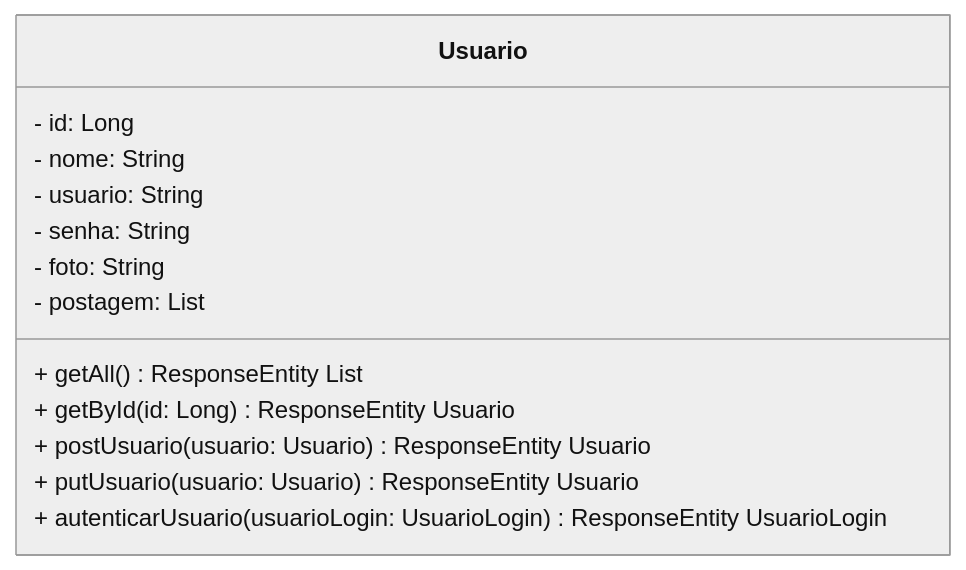
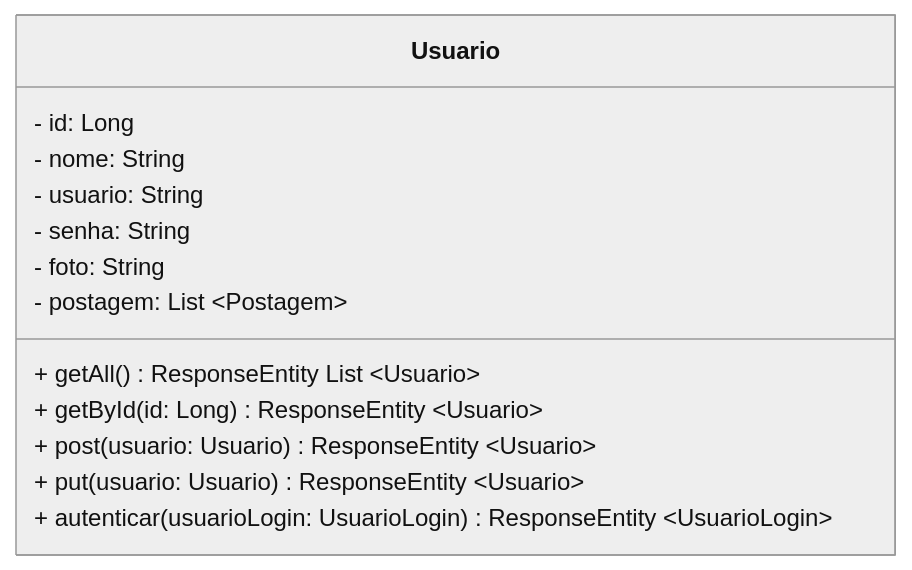
One commit to rafaelq80/cookbook_java_2025 changed the first of 6 diagrams in 04_spring/16.md. Above: the diagram before and after it, drawn with Mermaid (neutral theme). The commit also changed other lines of this file and 42 other files, not shown here.

````diff
--- a/04_spring/16.md
+++ b/04_spring/16.md
@@ -29,17 +29,17 @@
 ```mermaid
 classDiagram
     class Usuario {
         - id: Long
         - nome: String
         - usuario: String
         - senha: String
         - foto: String
-        - postagem: List<Postagem>
-        + getAll() ResponseEntity List
-        + getById(id: Long) ResponseEntity Usuario
-        + postUsuario(usuario: Usuario) ResponseEntity Usuario
-        + putUsuario(usuario: Usuario) ResponseEntity Usuario
-        + autenticarUsuario(usuarioLogin: UsuarioLogin) ResponseEntity UsuarioLogin
+        - postagem: List ~Postagem~
+        + getAll() ResponseEntity List ~Usuario~
+        + getById(id: Long) ResponseEntity ~Usuario~
+        + post(usuario: Usuario) ResponseEntity ~Usuario~
+        + put(usuario: Usuario) ResponseEntity ~Usuario~
+        + autenticar(usuarioLogin: UsuarioLogin) ResponseEntity ~UsuarioLogin~
     }
 
 ```
````
